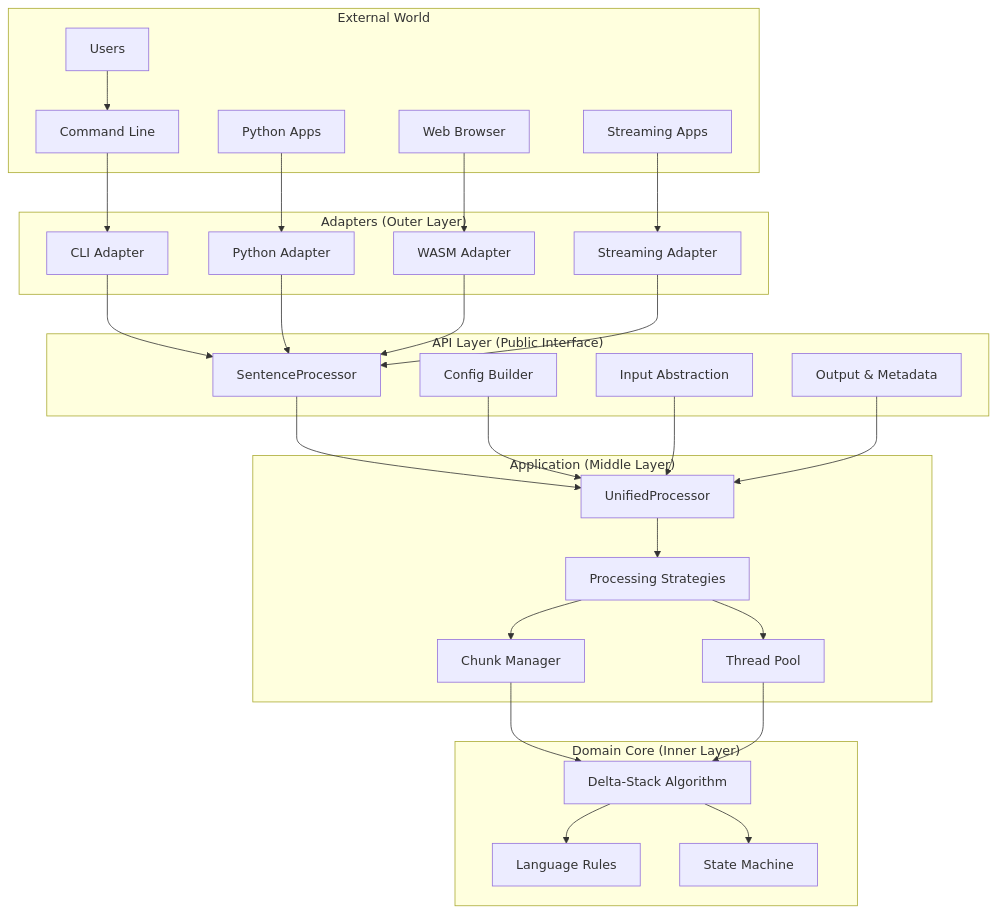
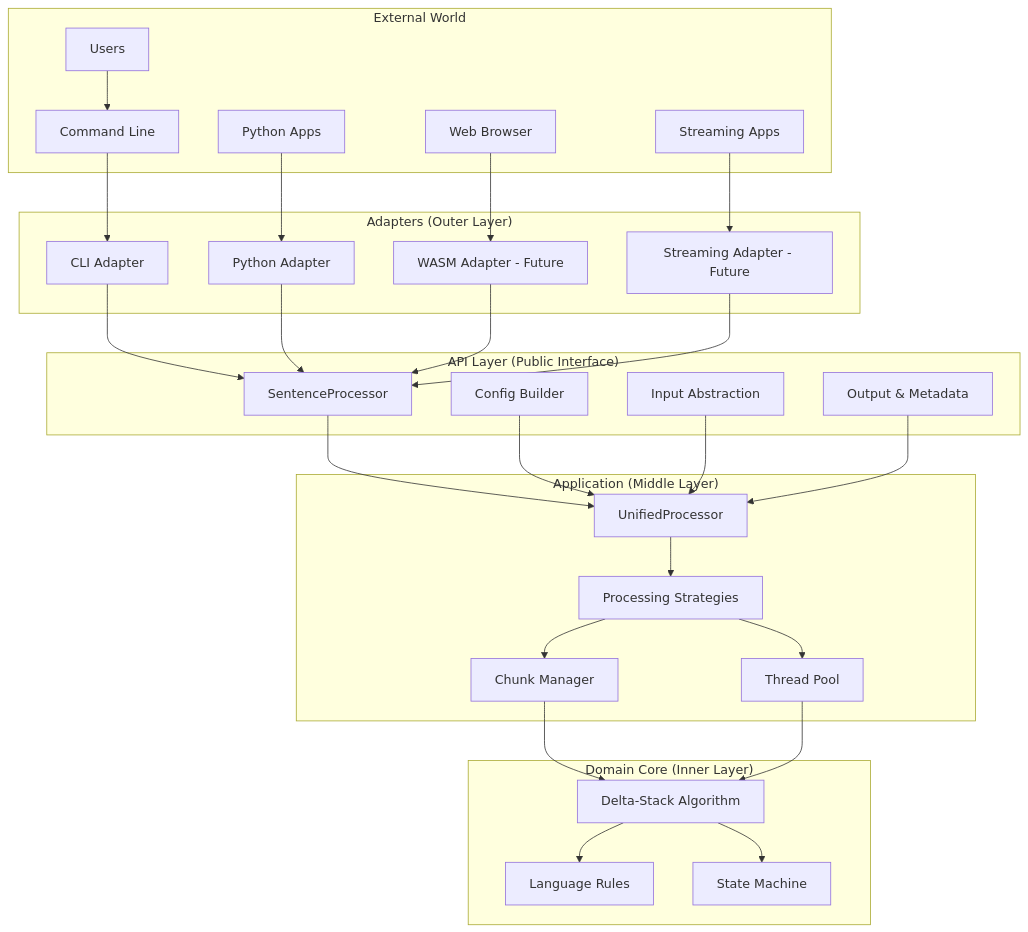
One commit to sog4be/sakurs changed the diagram in docs/ARCHITECTURE.md. Above: the diagram before and after it, drawn with Mermaid. The commit also changed other lines of this file, not shown here.

First line of the commit message:
docs: update ARCHITECTURE.md to reflect current implementation

````diff
--- a/docs/ARCHITECTURE.md
+++ b/docs/ARCHITECTURE.md
@@ -18,61 +18,61 @@
 ```mermaid
 graph TB
     subgraph "External World"
         USER[Users]
         PY[Python Apps]
         CLI[Command Line]
         WEB[Web Browser]
         STREAM[Streaming Apps]
     end
     
     subgraph "Adapters (Outer Layer)"
         ADP_CLI[CLI Adapter]
         ADP_PY[Python Adapter]
-        ADP_WASM[WASM Adapter]
-        ADP_STRM[Streaming Adapter]
+        ADP_WASM[WASM Adapter - Future]
+        ADP_STRM[Streaming Adapter - Future]
     end
     
     subgraph "API Layer (Public Interface)"
         API[SentenceProcessor]
         CFG[Config Builder]
         IN[Input Abstraction]
         OUT[Output & Metadata]
     end
     
     subgraph "Application (Middle Layer)"
         APP[UnifiedProcessor]
         STRAT[Processing Strategies]
         CHUNK[Chunk Manager]
         POOL[Thread Pool]
     end
     
     subgraph "Domain Core (Inner Layer)"
         ALGO[Delta-Stack Algorithm]
         RULES[Language Rules]
         STATE[State Machine]
     end
     
     USER --> CLI --> ADP_CLI
     PY --> ADP_PY
     WEB --> ADP_WASM
     STREAM --> ADP_STRM
     
     ADP_CLI --> API
     ADP_PY --> API
     ADP_WASM --> API
     ADP_STRM --> API
     
     API --> APP
     CFG --> APP
     IN --> APP
     OUT --> APP
     
     APP --> STRAT
     STRAT --> CHUNK
     STRAT --> POOL
     
     CHUNK --> ALGO
     POOL --> ALGO
     ALGO --> RULES
     ALGO --> STATE
 ```
````
